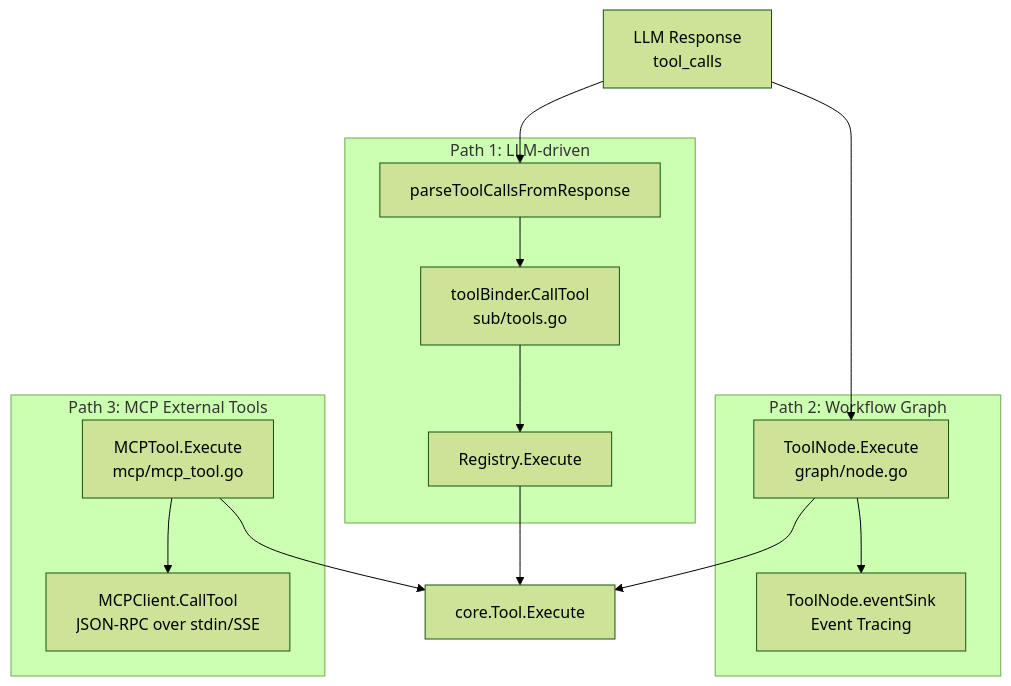
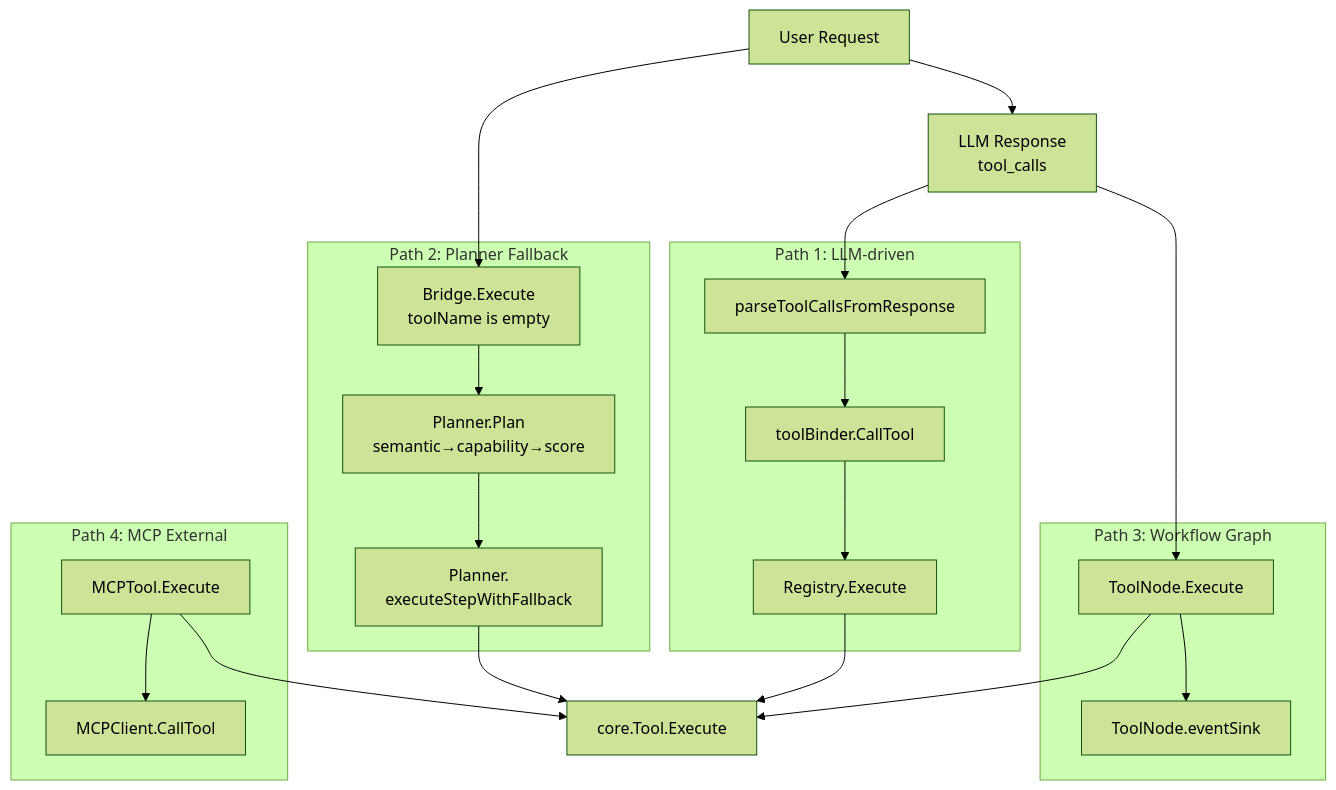
Before and after one commit to Timwood0x10/ARES: the diagram in docs/articles/en/tool-system-deep-dive.md, drawn with Mermaid (forest theme). The commit also changed other lines of this file and 19 other files, not shown here.

````diff
--- a/docs/articles/en/tool-system-deep-dive.md
+++ b/docs/articles/en/tool-system-deep-dive.md
@@ -11,23 +12,32 @@
 ```mermaid
 graph TB
+    Request[User Request]
     LLM[LLM Response<br/>tool_calls]
     subgraph "Path 1: LLM-driven"
         P1A[parseToolCallsFromResponse]
-        P1B[toolBinder.CallTool<br/>sub/tools.go]
+        P1B[toolBinder.CallTool]
         P1C[Registry.Execute]
     end
-    subgraph "Path 2: Workflow Graph"
-        P2A[ToolNode.Execute<br/>graph/node.go]
-        P2B[ToolNode.eventSink<br/>Event Tracing]
+    subgraph "Path 2: Planner Fallback"
+        P2A[Bridge.Execute<br/>toolName is empty]
+        P2B[Planner.Plan<br/>semantic→capability→score]
+        P2C[Planner.<br/>executeStepWithFallback]
     end
-    subgraph "Path 3: MCP External Tools"
-        P3A[MCPTool.Execute<br/>mcp/mcp_tool.go]
-        P3B[MCPClient.CallTool<br/>JSON-RPC over stdin/SSE]
+    subgraph "Path 3: Workflow Graph"
+        P3A[ToolNode.Execute]
+        P3B[ToolNode.eventSink]
     end
+    subgraph "Path 4: MCP External"
+        P4A[MCPTool.Execute]
+        P4B[MCPClient.CallTool]
+    end
+    Request --> LLM
     LLM --> P1A --> P1B --> P1C
-    LLM --> P2A --> P2B
-    P3A --> P3B
+    Request --> P2A --> P2B --> P2C
+    LLM --> P3A --> P3B
+    P4A --> P4B
     P1C --> TOOL[core.Tool.Execute]
-    P2A --> TOOL
+    P2C --> TOOL
     P3A --> TOOL
+    P4A --> TOOL
 ```
````
